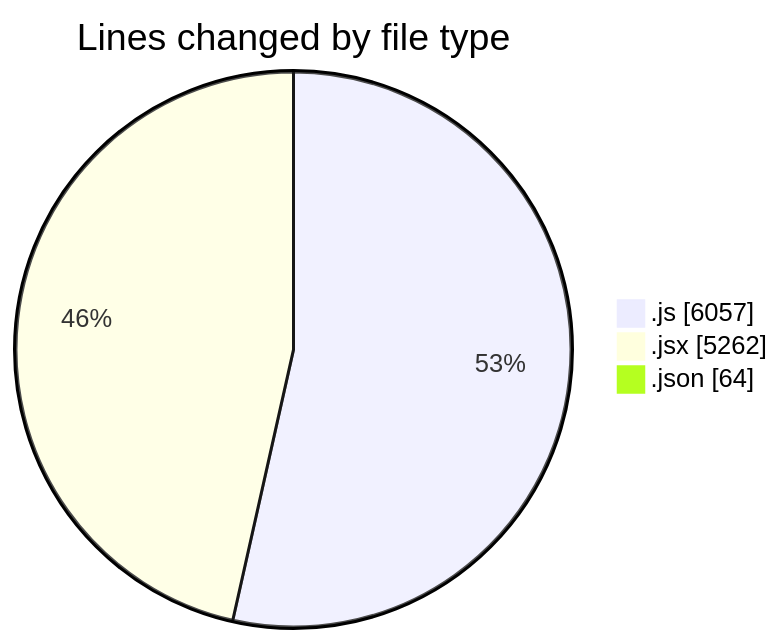
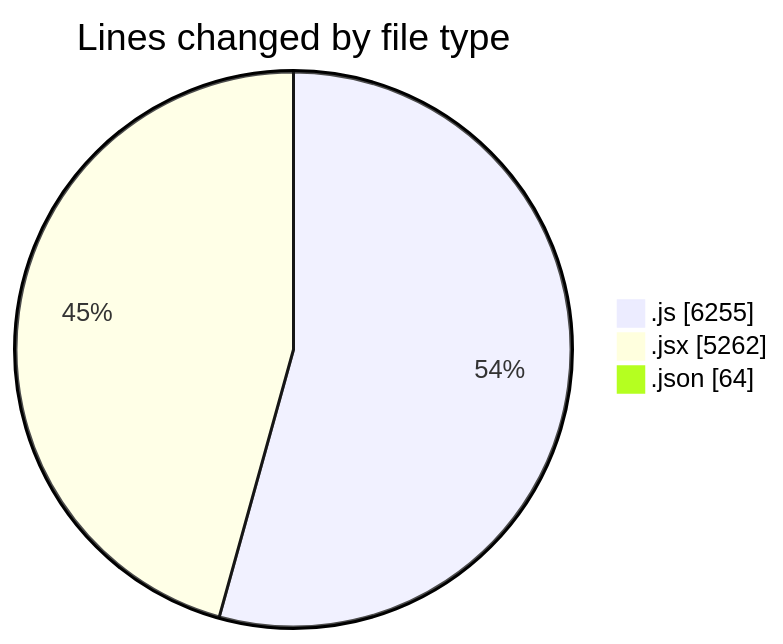
Before and after one commit to nxtqubesakshisongat/code-tracking: the first of 2 diagrams in 2025-08-07/nxtqube_webapp/README.md, drawn with Mermaid. The commit also changed other lines of this file and 1 other file, not shown here.

````diff
--- a/2025-08-07/nxtqube_webapp/README.md
+++ b/2025-08-07/nxtqube_webapp/README.md
@@ -25,7 +25,7 @@
 ```mermaid
 pie showData
 title Lines changed by file type
-".js" : 6057
+".js" : 6255
 ".jsx" : 5262
 ".json" : 64
 ```
````
